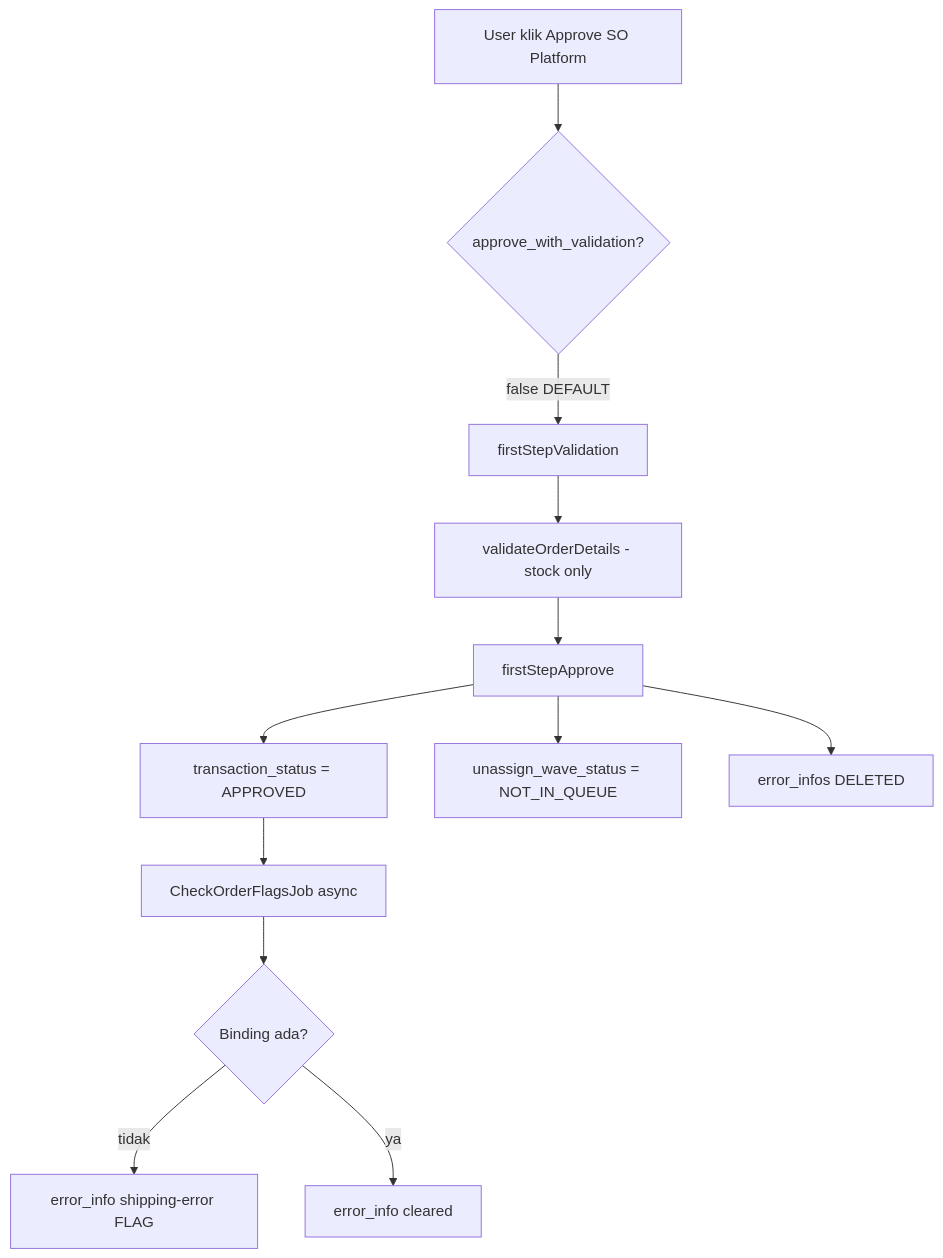
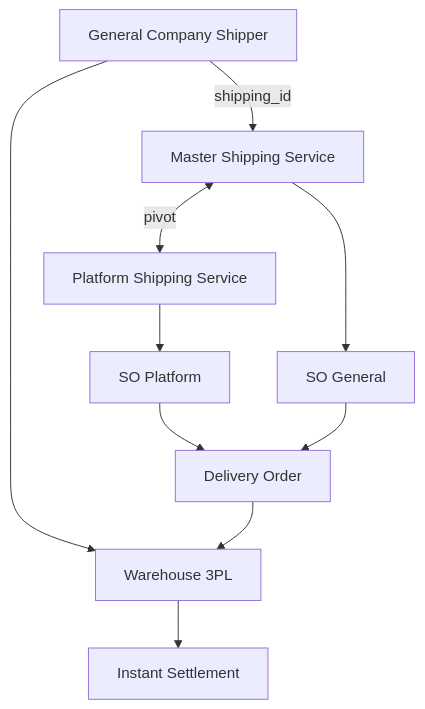
Before and after one commit to yendyr/olshoperp-docs: the third of 3 diagrams in qa-docs/omni-shipping-service/requirement.md, drawn with Mermaid. The commit also changed other lines of this file and 123 other files, not shown here.

````diff
--- a/qa-docs/omni-shipping-service/requirement.md
+++ b/qa-docs/omni-shipping-service/requirement.md
@@ -387,14 +218,12 @@
 ```mermaid
-flowchart TD
-    A[User klik Approve SO Platform] --> B{approve_with_validation?}
-    B -->|false DEFAULT| C[firstStepValidation]
-    C --> D[validateOrderDetails - stock only]
-    D --> E[firstStepApprove]
-    E --> F[transaction_status = APPROVED]
-    E --> G[unassign_wave_status = NOT_IN_QUEUE]
-    E --> H[error_infos DELETED]
-    F --> I[CheckOrderFlagsJob async]
-    I --> J{Binding ada?}
-    J -->|tidak| K[error_info shipping-error FLAG]
-    J -->|ya| L[error_info cleared]
+flowchart TB
+    GC[General Company Shipper] -->|shipping_id| MSS[Master Shipping Service]
+    GC --> WH3PL[Warehouse 3PL]
+    MSS <-->|pivot| PSP[Platform Shipping Service]
+    PSP --> SOP[SO Platform]
+    MSS --> SOG[SO General]
+    SOP --> DO[Delivery Order]
+    SOG --> DO
+    DO --> WH3PL
+    WH3PL --> IS[Instant Settlement]
 ```
````
